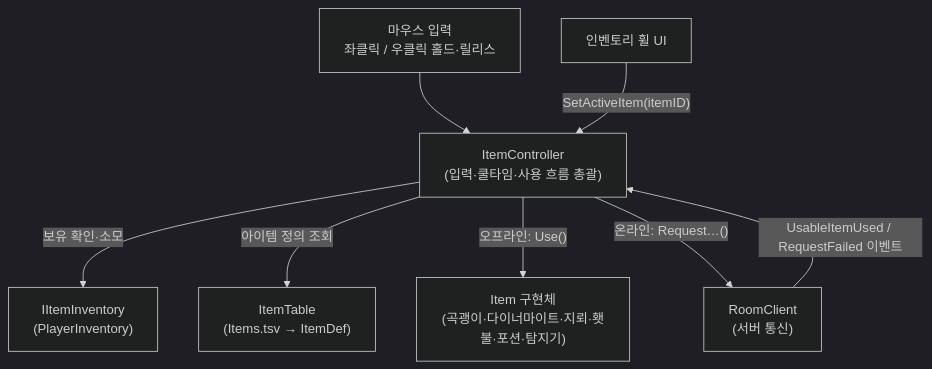
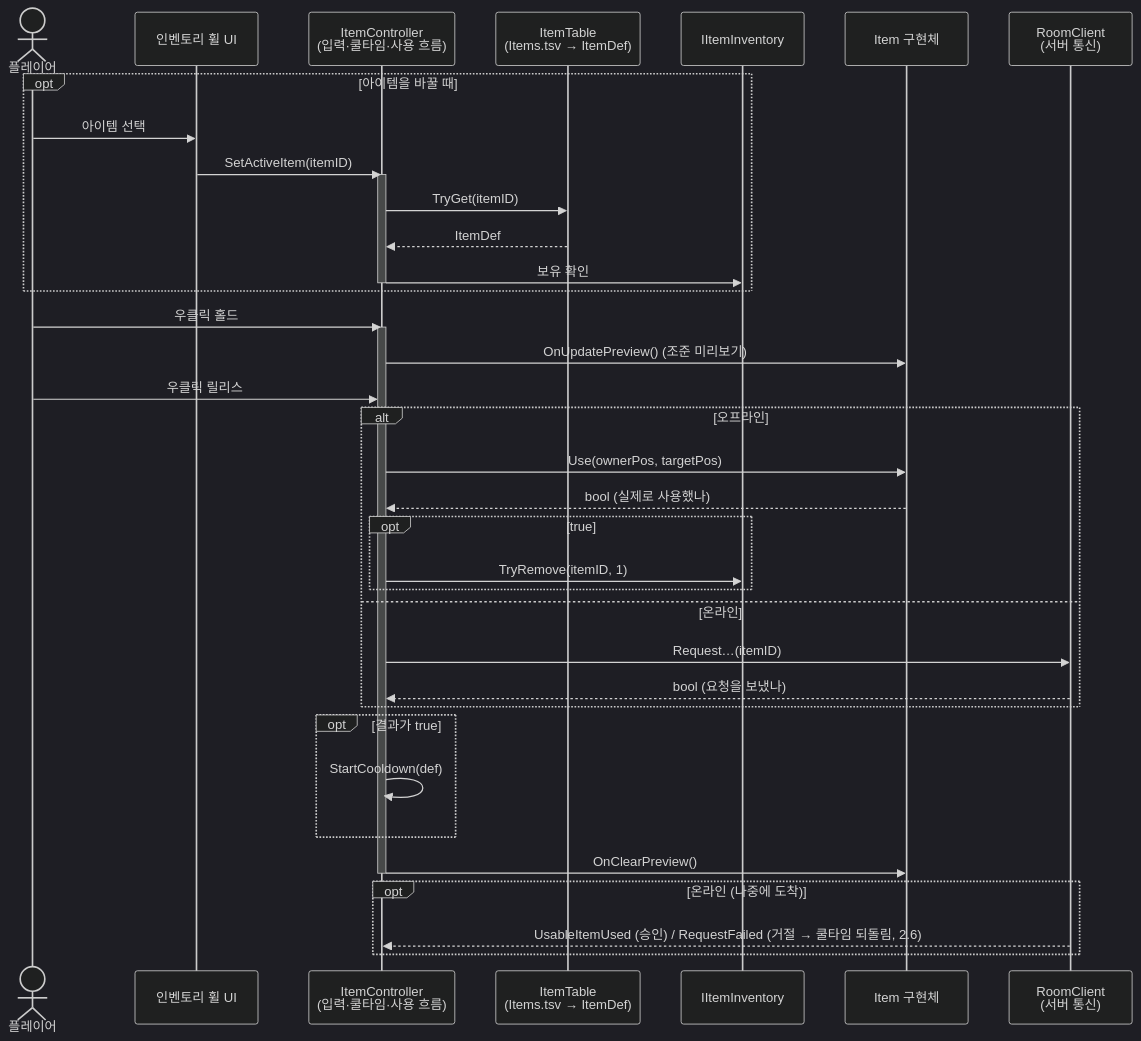
One commit to parksooha102-ai/portfolio changed the second of 5 diagrams in src/2-FolkSack/기술문서_초안_아이템시스템.md. Above: the diagram before and after it, drawn with Mermaid (dark theme). The commit also changed other lines of this file, not shown here.

Commit message:
2번 문서: 아이템 사용 흐름을 시퀀스 다이어그램으로, 2.1에 리팩터링 전 코드 추가

````diff
--- a/src/2-FolkSack/기술문서_초안_아이템시스템.md
+++ b/src/2-FolkSack/기술문서_초안_아이템시스템.md
@@ -154,10 +196,44 @@
 ```mermaid
-flowchart TD
-    Input["마우스 입력<br/>좌클릭 / 우클릭 홀드·릴리스"] --> IC["ItemController<br/>(입력·쿨타임·사용 흐름 총괄)"]
-    Wheel["인벤토리 휠 UI"] -->|"SetActiveItem(itemID)"| IC
-    IC -->|"보유 확인·소모"| INV["IItemInventory<br/>(PlayerInventory)"]
-    IC -->|"아이템 정의 조회"| TBL["ItemTable<br/>(Items.tsv → ItemDef)"]
-    IC -->|"오프라인: Use()"| ITEM["Item 구현체<br/>(곡괭이·다이너마이트·지뢰·횃불·포션·탐지기)"]
-    IC -->|"온라인: Request…()"| RC["RoomClient<br/>(서버 통신)"]
-    RC -->|"UsableItemUsed / RequestFailed 이벤트"| IC
+sequenceDiagram
+    actor P as 플레이어
+    participant W as 인벤토리 휠 UI
+    participant IC as ItemController<br/>(입력·쿨타임·사용 흐름)
+    participant TBL as ItemTable<br/>(Items.tsv → ItemDef)
+    participant INV as IItemInventory
+    participant IT as Item 구현체
+    participant RC as RoomClient<br/>(서버 통신)
+
+    opt 아이템을 바꿀 때
+        P->>W: 아이템 선택
+        W->>IC: SetActiveItem(itemID)
+        activate IC
+        IC->>TBL: TryGet(itemID)
+        TBL-->>IC: ItemDef
+        IC->>INV: 보유 확인
+        deactivate IC
+    end
+
+    P->>IC: 우클릭 홀드
+    activate IC
+    IC->>IT: OnUpdatePreview() (조준 미리보기)
+    P->>IC: 우클릭 릴리스
+    alt 오프라인
+        IC->>IT: Use(ownerPos, targetPos)
+        IT-->>IC: bool (실제로 사용했나)
+        opt true
+            IC->>INV: TryRemove(itemID, 1)
+        end
+    else 온라인
+        IC->>RC: Request…(itemID)
+        RC-->>IC: bool (요청을 보냈나)
+    end
+    opt 결과가 true
+        IC->>IC: StartCooldown(def)
+    end
+    IC->>IT: OnClearPreview()
+    deactivate IC
+
+    opt 온라인 (나중에 도착)
+        RC-->>IC: UsableItemUsed (승인) / RequestFailed (거절 → 쿨타임 되돌림, 2.6)
+    end
 ```
````
